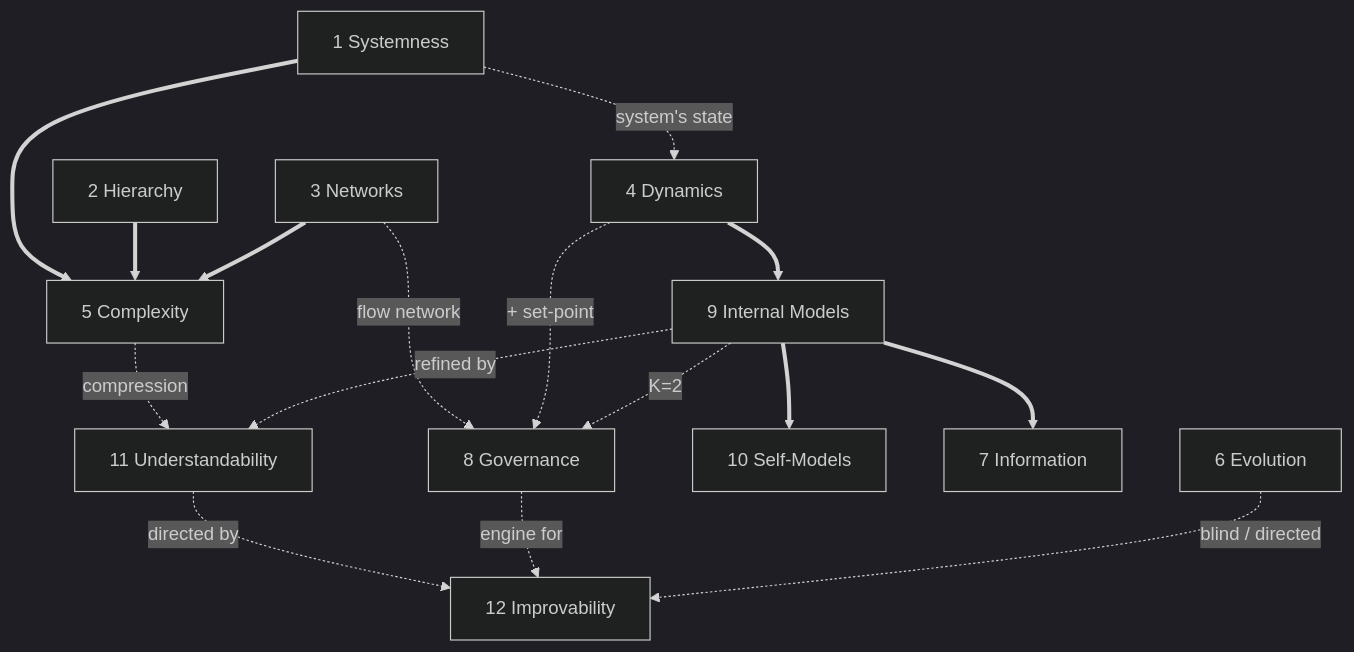
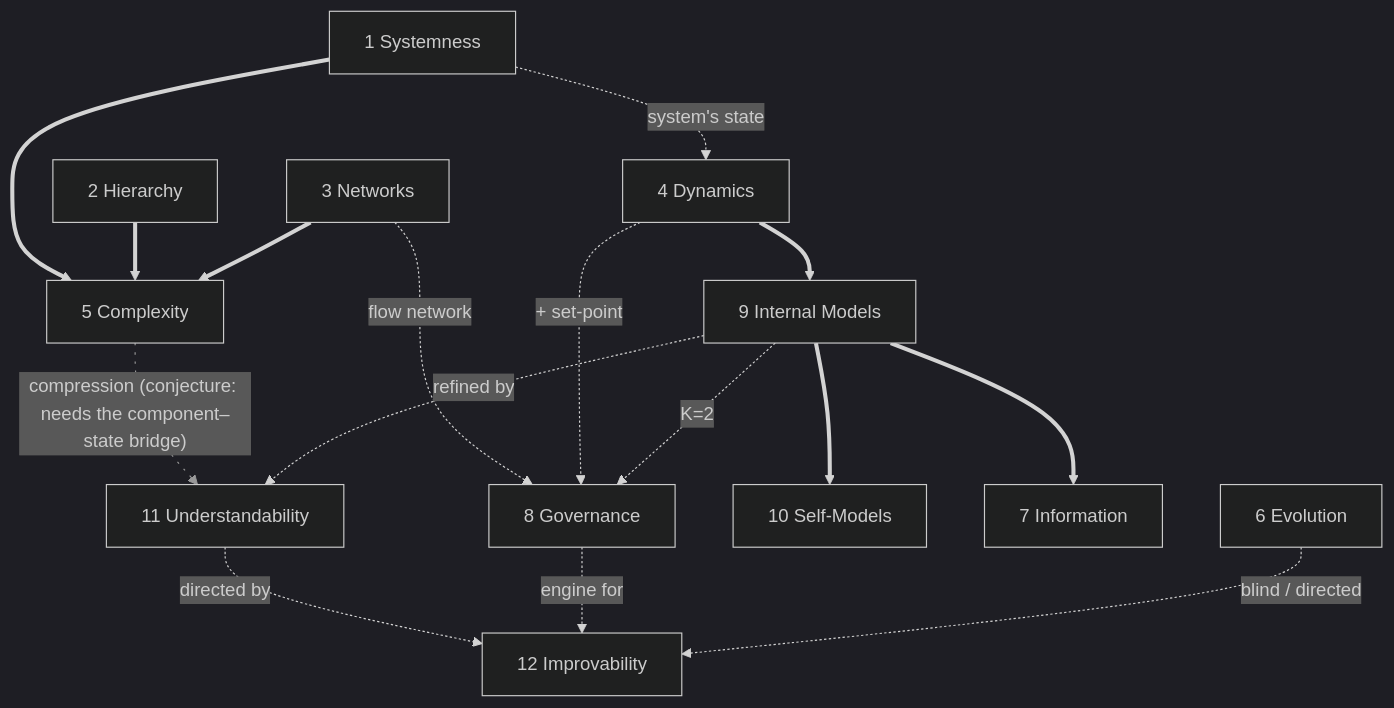
The diagram in docs/paper/dependency-dag.mmd (halcyonic-systems/systems-science-foundations), drawn with Mermaid (dark theme) before and after one commit. The commit also changed 2 other files, not shown here.

Commit message:
docs(paper): pipeline+roles table, two-carriers figure, 5→11 arrow ruled a conjecture
Reading edition §3 gains the four-step method table (sentence / tractable core /
consequences and cases / author's audit) with who does what and what Lean does
and does not guarantee. §7 gains the two-carriers split (3 component axioms, 5
state axioms; DynamicSystem carries both with no map between them, the bridge).
DAG: the 5→11 compression arrow is now fine-dotted grey with a legend line;
its theorem waits on the component–state bridge.

Claude-Session: https://claude.ai/code/session_01HTbBBW2KjHYKwbbaF82Guv

```diff
--- a/docs/paper/dependency-dag.mmd
+++ b/docs/paper/dependency-dag.mmd
@@ -1,52 +1,54 @@
 %% halcyonic-canvas v1
 %% title: Mobus's 12 Principles — Dependency DAG (8 axioms / 4 theorems)
+%% legend: solid = derives-from (theorem); dashed = presupposes/refined-by (a Lean def or field); fine-dotted grey = conjecture, no Lean home (5→11, ruled 2026-09-03)
 %% layout: layered
 %% role: p1=systems
 %% role: p2=systems
 %% role: p3=systems
 %% role: p4=systems
 %% role: p8=systems
 %% role: p6=research
 %% role: p11=primary
 %% role: p12=primary
 %% role: p5=knowledge
 %% role: p7=knowledge
 %% role: p9=knowledge
 %% role: p10=knowledge
 %% desc: p5=Theorem: every structural complexity measure is a function of 1+2+3 (12 to 11)
 %% desc: p9=Theorem: a one-step-correct internal model is correct at every horizon
 %% desc: p10=Theorem: a self-model is the diagonal case of 9; existence trivial
 %% desc: p7=Theorem: information genus; Shannon entropy a bounded special case
 %% desc: p6=Axiom (blind): change under environmental fitness selection; no model or goal
 %% desc: p8=Axiom: set-point not in the dynamics; a good regulator contains a model (K=2)
 %% desc: p11=Axiom (agential, observe/GET): a model strictly simpler than the system
 %% desc: p12=Axiom (agential, intervene/PUT): a goal from outside the boundary
 flowchart TD
     p1["1 Systemness"]
     p2["2 Hierarchy"]
     p3["3 Networks"]
     p4["4 Dynamics"]
     p8["8 Governance"]
     p6["6 Evolution"]
     p9["9 Internal Models"]
     p10["10 Self-Models"]
     p7["7 Information"]
     p5["5 Complexity"]
     p11["11 Understandability"]
     p12["12 Improvability"]
 
     p1 ==> p5
     p2 ==> p5
     p3 ==> p5
     p4 ==> p9
     p9 ==> p10
     p9 ==> p7
     p1 -.->|"system's state"| p4
     p3 -.->|"flow network"| p8
     p4 -.->|"+ set-point"| p8
     p9 -.->|"K=2"| p8
-    p5 -.->|"compression"| p11
+    p5 -. "compression (conjecture: needs the component–state bridge)" .-> p11
+    linkStyle 10 stroke-dasharray: 2 6, stroke: #999
     p9 -.->|"refined by"| p11
     p11 -.->|"directed by"| p12
     p8 -.->|"engine for"| p12
     p6 -.->|"blind / directed"| p12
```
